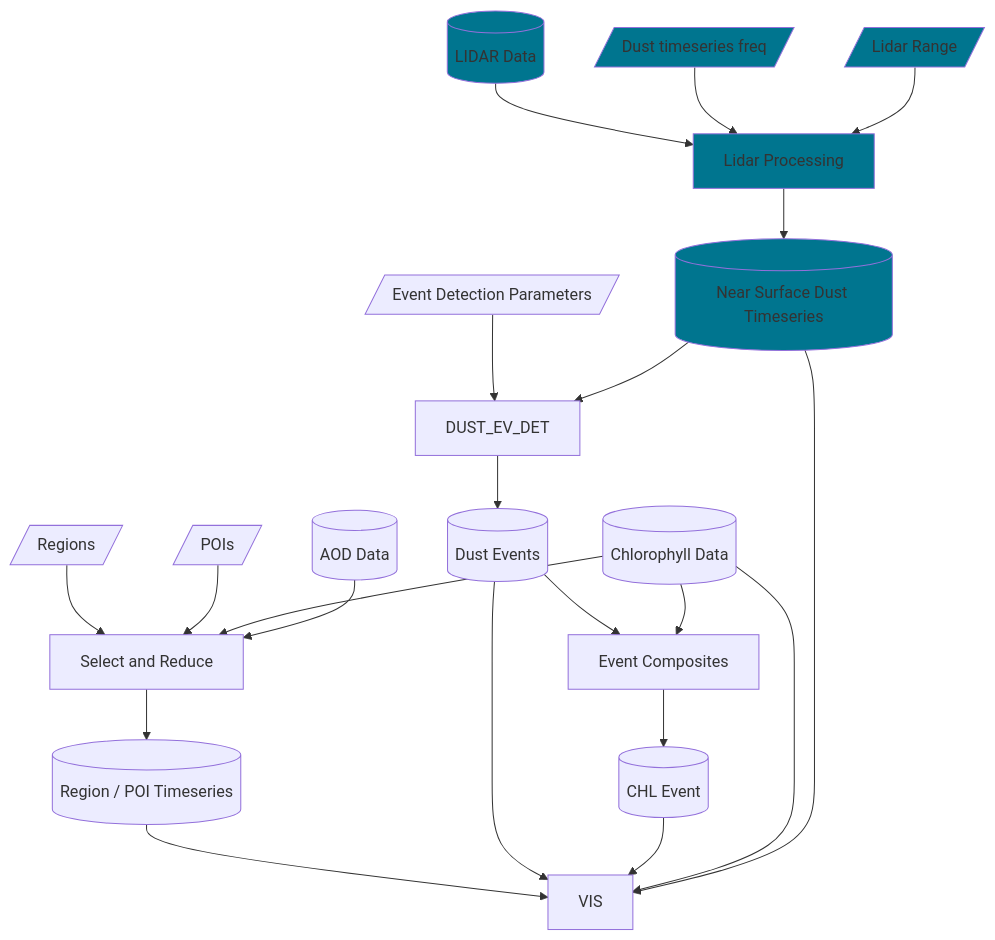
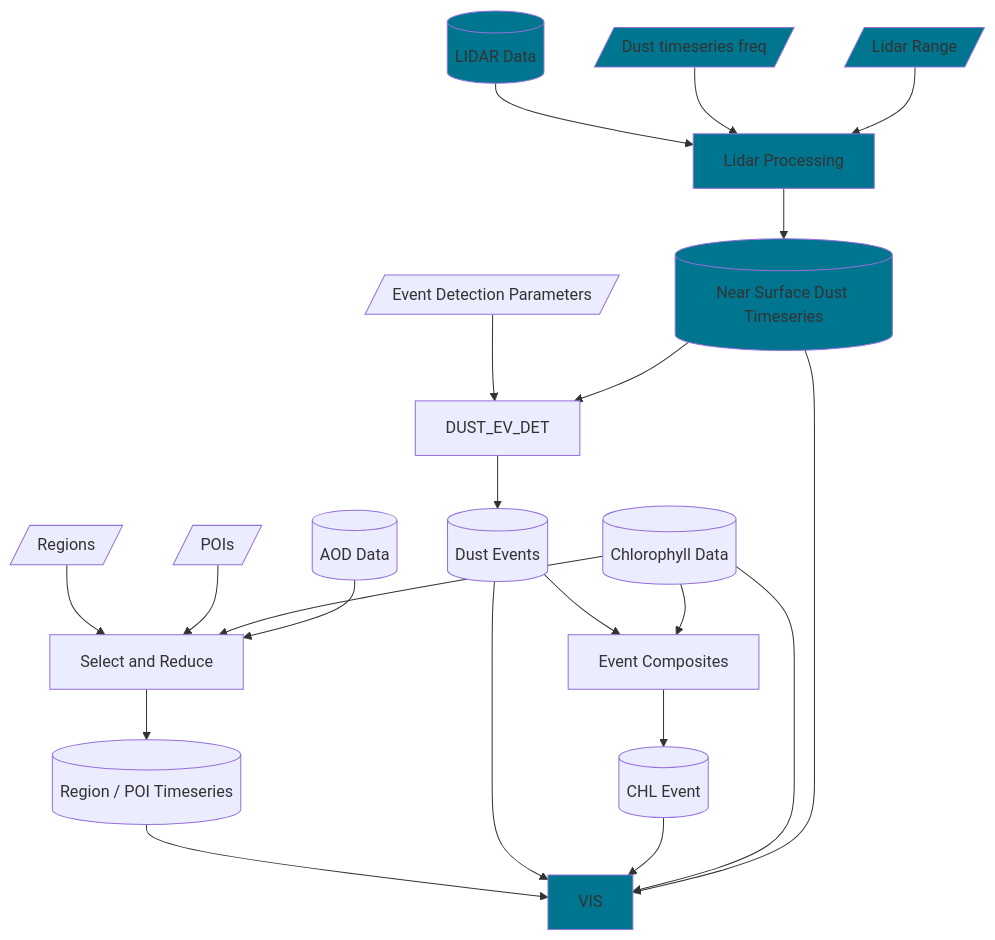
One commit to mardatade/Cabo-Verde-Dust changed the diagram in README.md. Above: the diagram before and after it, drawn with Mermaid. The commit also changed other lines of this file and 4 other files, not shown here.

````diff
--- a/README.md
+++ b/README.md
@@ -3,55 +7,56 @@
 ```mermaid
 flowchart TD
     %% datasets
     LIDAR[(LIDAR Data)]
     AOD[(AOD Data)]
     CHL[(Chlorophyll Data)]
     NSDST[(Near Surface Dust Timeseries)]
     REG_POI_TS[(Region / POI Timeseries)]
     DST_Events[(Dust Events)]
     CHL_Comp[(CHL Event)]
 
     %% user choices
     RGS[/Regions/]
     POI[/POIs/]
     LIDAR_RNG[/Lidar Range/]
     DUST_FREQ[/Dust timeseries freq/]
     EVPRM[/Event Detection Parameters/]
 
     %% Process LIDAR data
     LIDAR --> LDRPRC[Lidar Processing]
     DUST_FREQ --> LDRPRC
     LIDAR_RNG --> LDRPRC
     LDRPRC --> NSDST
 
     %% Visualize
     REG_POI_TS --> VIS
     DST_Events --> VIS
     CHL_Comp --> VIS
     CHL --> VIS
     NSDST --> VIS
     
     %% Select timesereis
     RGS --> SLCT_RED
     POI --> SLCT_RED
     CHL --> SLCT_RED
     AOD --> SLCT_RED[Select and Reduce]
     SLCT_RED --> REG_POI_TS
 
     %% Event detection
     EVPRM --> DUST_EV_DET
     NSDST --> DUST_EV_DET
     DUST_EV_DET --> DST_Events
 
     %% Event Composite
     DST_Events --> EV_COMP[Event Composites]
     CHL --> EV_COMP
     EV_COMP --> CHL_Comp
 
     %% style those elements which exist
     style NSDST fill:#00758f
+    style VIS fill:#00758f
     style LIDAR_RNG fill:#00758f
     style LIDAR fill:#00758f
     style DUST_FREQ fill:#00758f
     style LDRPRC fill:#00758f
 ```
````
